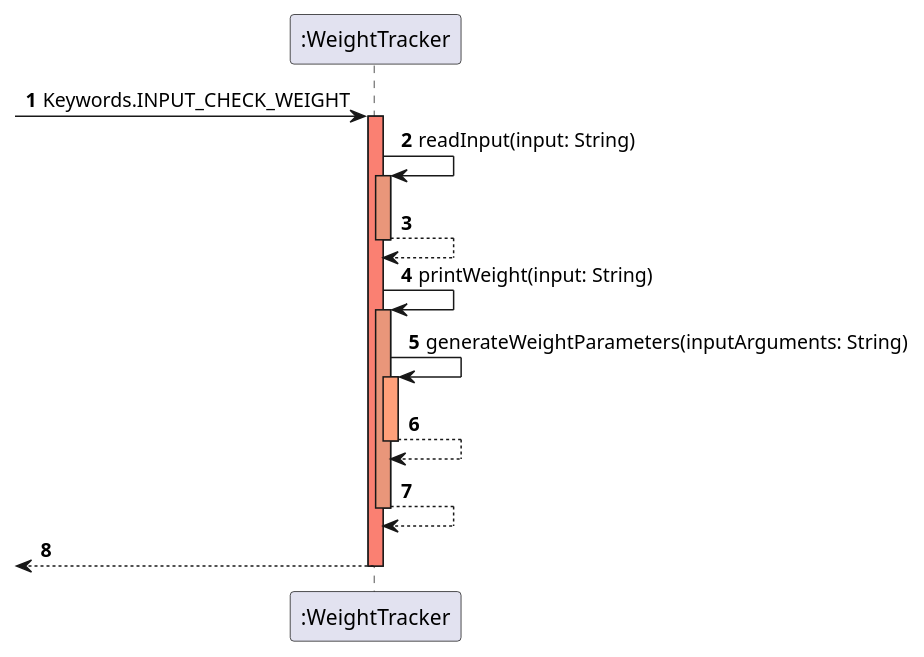
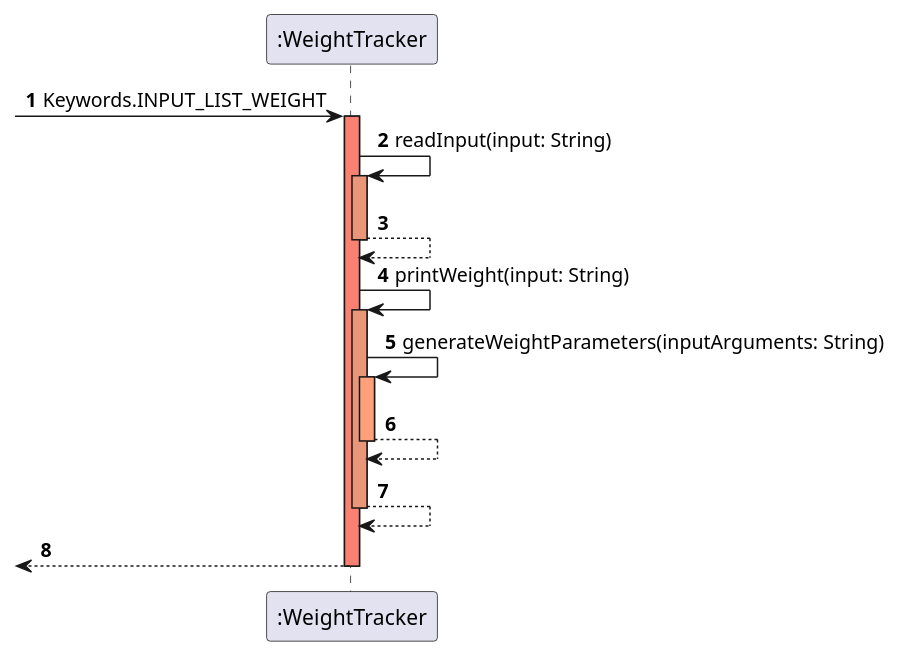
Before and after one commit to teoziyiivy/tp: the diagram in diagrams/WeightTracker_check_sequence.puml, drawn with PlantUML.

Commit message:
Edit diagram for WeightTracker

```diff
--- a/diagrams/WeightTracker_check_sequence.puml
+++ b/diagrams/WeightTracker_check_sequence.puml
@@ -1,20 +1,20 @@
 @startuml
 'https://plantuml.com/sequence-diagram
 
 autonumber
 
 participant ":WeightTracker"
 
-->":WeightTracker" : Keywords.INPUT_CHECK_WEIGHT
+->":WeightTracker" : Keywords.INPUT_LIST_WEIGHT
 activate ":WeightTracker" #Salmon
 ":WeightTracker"->":WeightTracker" : readInput(input: String)
 activate ":WeightTracker" #DarkSalmon
 return
 ":WeightTracker"->":WeightTracker" : printWeight(input: String)
 activate ":WeightTracker" #DarkSalmon
 ":WeightTracker"->":WeightTracker" : generateWeightParameters(inputArguments: String)
 activate ":WeightTracker" #LightSalmon
 return
 return
 return
 @enduml
```
